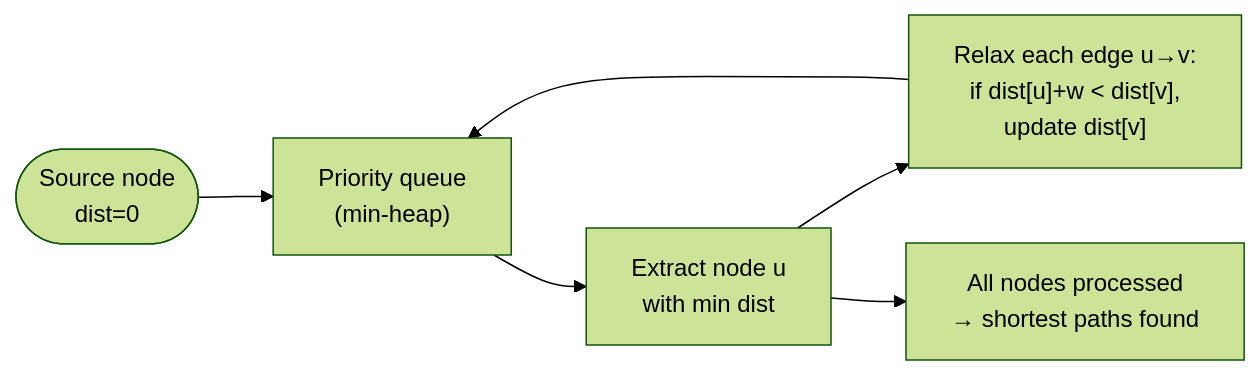
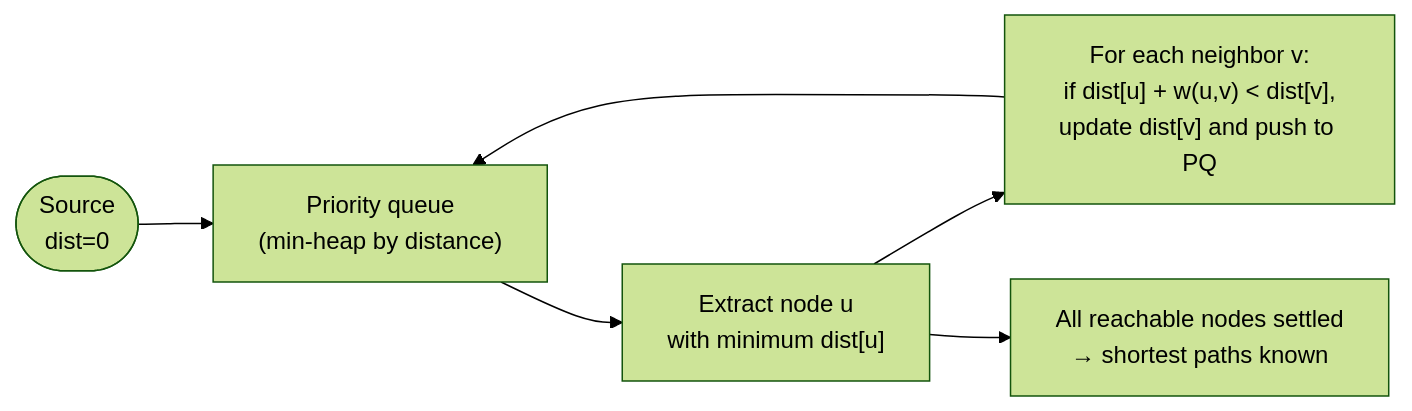
Before and after one commit to Thamjith/system-design-reallife-scenarios: the first of 3 diagrams in content/dijkstra-vs-pathfinding.md, drawn with Mermaid (forest theme). The commit also changed other lines of this file and 9 other files, not shown here.

First line of the commit message:
Enhance Mermaid diagrams with zoom functionality and improve styling

````diff
--- a/content/dijkstra-vs-pathfinding.md
+++ b/content/dijkstra-vs-pathfinding.md
@@ -19,8 +106,8 @@
 ```mermaid
 flowchart LR
-    Start(["Source node\ndist=0"]) --> PQ["Priority queue\n(min-heap)"]
-    PQ --> Extract["Extract node u\nwith min dist"]
-    Extract --> Relax["Relax each edge u→v:\nif dist[u]+w < dist[v],\nupdate dist[v]"]
+    Source(["Source\ndist=0"]) --> PQ["Priority queue\n(min-heap by distance)"]
+    PQ --> Extract["Extract node u\nwith minimum dist[u]"]
+    Extract --> Relax["For each neighbor v:\nif dist[u] + w(u,v) < dist[v],\nupdate dist[v] and push to PQ"]
     Relax --> PQ
-    Extract --> Done["All nodes processed\n→ shortest paths found"]
+    Extract --> Done["All reachable nodes settled\n→ shortest paths known"]
 ```
````
